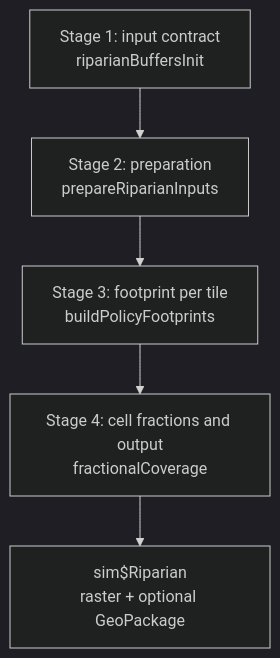
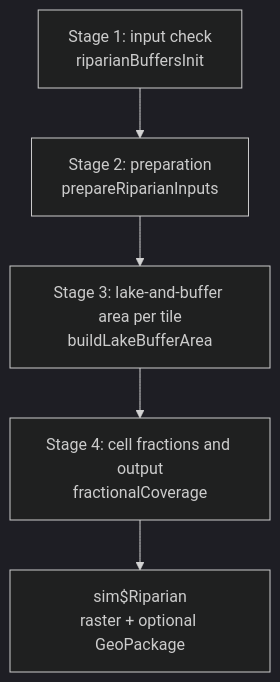
Before and after one commit to pedrogit/RiparianBuffers: the first of 5 diagrams in README.md, drawn with Mermaid (dark theme). The commit also changed other lines of this file, not shown here.

````diff
--- a/README.md
+++ b/README.md
@@ -155,7 +155,7 @@
 ```mermaid
 flowchart TD
-    A["Stage 1: input contract<br/>riparianBuffersInit"] --> B["Stage 2: preparation<br/>prepareRiparianInputs"]
-    B --> C["Stage 3: footprint per tile<br/>buildPolicyFootprints"]
+    A["Stage 1: input check<br/>riparianBuffersInit"] --> B["Stage 2: preparation<br/>prepareRiparianInputs"]
+    B --> C["Stage 3: lake-and-buffer area per tile<br/>buildLakeBufferArea"]
     C --> D["Stage 4: cell fractions and output<br/>fractionalCoverage"]
     D --> E["sim$Riparian<br/>raster + optional GeoPackage"]
 ```
````
